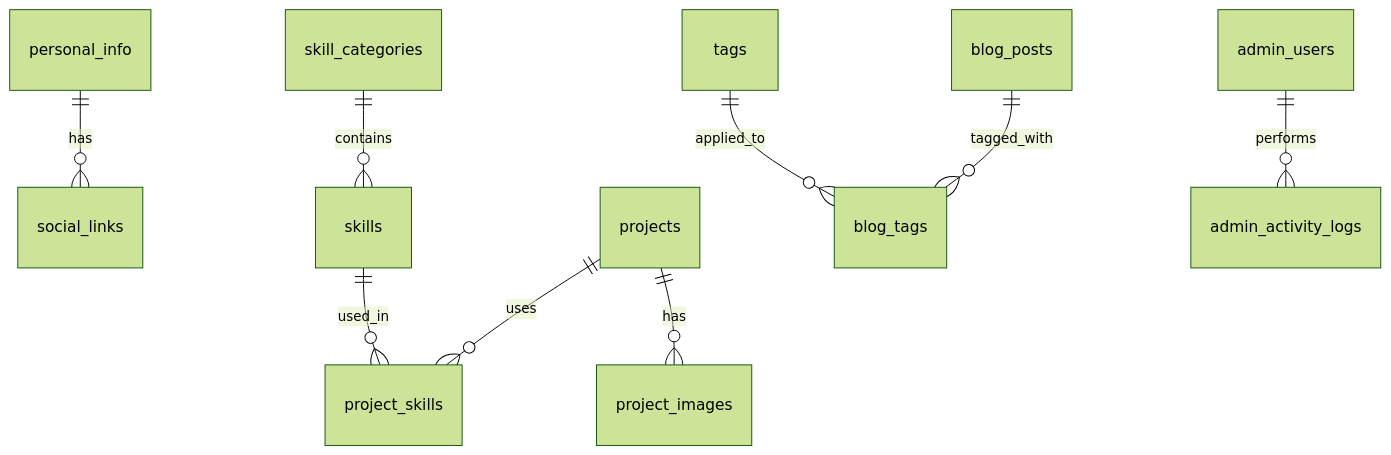
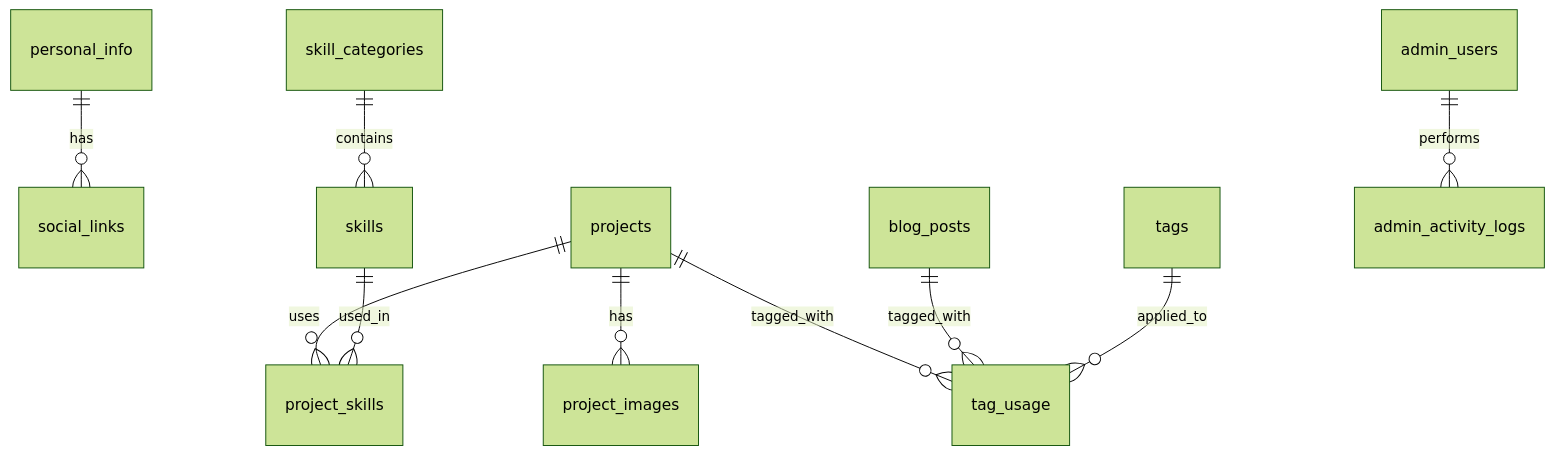
One commit to seungwoo505/Portfolio2 changed the diagram in README.md. Above: the diagram before and after it, drawn with Mermaid (forest theme). The commit also changed other lines of this file and 3 other files, not shown here.

````diff
--- a/README.md
+++ b/README.md
@@ -373,11 +380,12 @@
 ```mermaid
 erDiagram
     personal_info ||--o{ social_links : "has"
     skill_categories ||--o{ skills : "contains"
     projects ||--o{ project_images : "has"
     projects ||--o{ project_skills : "uses"
     skills ||--o{ project_skills : "used_in"
-    blog_posts ||--o{ blog_tags : "tagged_with"
-    tags ||--o{ blog_tags : "applied_to"
+    projects ||--o{ tag_usage : "tagged_with"
+    blog_posts ||--o{ tag_usage : "tagged_with"
+    tags ||--o{ tag_usage : "applied_to"
     admin_users ||--o{ admin_activity_logs : "performs"
 ```
````
